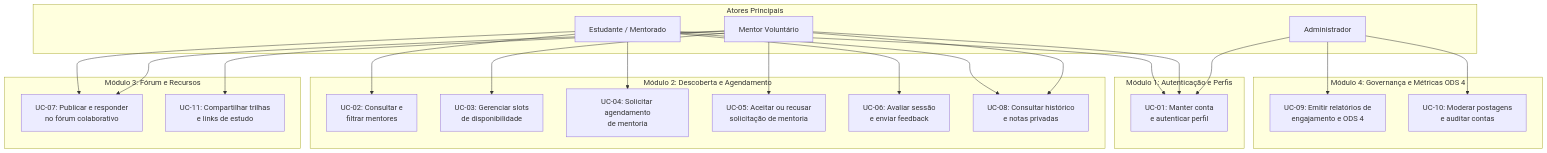
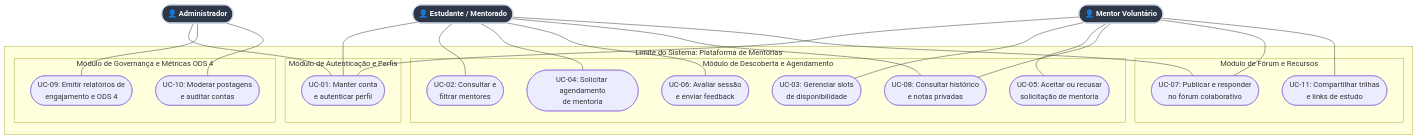
One commit to leorruas/puc changed the first of 2 diagrams in 06. Projeto - Aplicacao Interativa/00 – Projeto de fato.md. Above: the diagram before and after it, drawn with Mermaid. The commit also changed other lines of this file, not shown here.

Commit message:
docs(projeto): atualizar diagramas com representacao visual de atores e elipses uml

````diff
--- a/06. Projeto - Aplicacao Interativa/00 – Projeto de fato.md
+++ b/06. Projeto - Aplicacao Interativa/00 – Projeto de fato.md
@@ -141,50 +141,52 @@
 ```mermaid
 flowchart TD
-    subgraph Atores["Atores Principais"]
-        Estudante["Estudante / Mentorado"]
-        Mentor["Mentor Voluntário"]
-        Admin["Administrador"]
+    Estudante(["👤 Estudante / Mentorado"]):::actorStyle
+    Mentor(["👤 Mentor Voluntário"]):::actorStyle
+    Admin(["👤 Administrador"]):::actorStyle
+
+    subgraph Sistema["Limite do Sistema: Plataforma de Mentorias"]
+        subgraph ModuloAutenticacao["Módulo de Autenticação e Perfis"]
+            UC01(["UC-01: Manter conta<br>e autenticar perfil"])
+        end
+
+        subgraph ModuloAgendamento["Módulo de Descoberta e Agendamento"]
+            UC02(["UC-02: Consultar e<br>filtrar mentores"])
+            UC03(["UC-03: Gerenciar slots<br>de disponibilidade"])
+            UC04(["UC-04: Solicitar agendamento<br>de mentoria"])
+            UC05(["UC-05: Aceitar ou recusar<br>solicitação de mentoria"])
+            UC06(["UC-06: Avaliar sessão<br>e enviar feedback"])
+            UC08(["UC-08: Consultar histórico<br>e notas privadas"])
+        end
+
+        subgraph ModuloComunidade["Módulo de Fórum e Recursos"]
+            UC07(["UC-07: Publicar e responder<br>no fórum colaborativo"])
+            UC11(["UC-11: Compartilhar trilhas<br>e links de estudo"])
+        end
+
+        subgraph ModuloGovernanca["Módulo de Governança e Métricas ODS 4"]
+            UC09(["UC-09: Emitir relatórios de<br>engajamento e ODS 4"])
+            UC10(["UC-10: Moderar postagens<br>e auditar contas"])
+        end
     end
 
-    subgraph ModuloAutenticacao["Módulo 1: Autenticação e Perfis"]
-        UC01["UC-01: Manter conta<br>e autenticar perfil"]
-    end
+    Estudante --- UC01
+    Mentor --- UC01
+    Admin --- UC01
 
-    subgraph ModuloAgendamento["Módulo 2: Descoberta e Agendamento"]
-        UC02["UC-02: Consultar e<br>filtrar mentores"]
-        UC03["UC-03: Gerenciar slots<br>de disponibilidade"]
-        UC04["UC-04: Solicitar agendamento<br>de mentoria"]
-        UC05["UC-05: Aceitar ou recusar<br>solicitação de mentoria"]
-        UC06["UC-06: Avaliar sessão<br>e enviar feedback"]
-        UC08["UC-08: Consultar histórico<br>e notas privadas"]
-    end
+    Estudante --- UC02
+    Estudante --- UC04
+    Estudante --- UC06
+    Estudante --- UC08
+    Estudante --- UC07
 
-    subgraph ModuloComunidade["Módulo 3: Fórum e Recursos"]
-        UC07["UC-07: Publicar e responder<br>no fórum colaborativo"]
-        UC11["UC-11: Compartilhar trilhas<br>e links de estudo"]
-    end
+    Mentor --- UC03
+    Mentor --- UC05
+    Mentor --- UC08
+    Mentor --- UC07
+    Mentor --- UC11
 
-    subgraph ModuloGovernanca["Módulo 4: Governança e Métricas ODS 4"]
-        UC09["UC-09: Emitir relatórios de<br>engajamento e ODS 4"]
-        UC10["UC-10: Moderar postagens<br>e auditar contas"]
-    end
+    Admin --- UC09
+    Admin --- UC10
 
-    Estudante --> UC01
-    Mentor --> UC01
-    Admin --> UC01
-
-    Estudante --> UC02
-    Estudante --> UC04
-    Estudante --> UC06
-    Estudante --> UC08
-    Estudante --> UC07
-
-    Mentor --> UC03
-    Mentor --> UC05
-    Mentor --> UC08
-    Mentor --> UC07
-    Mentor --> UC11
-
-    Admin --> UC09
-    Admin --> UC10
+    classDef actorStyle fill:#2d3748,stroke:#cbd5e0,stroke-width:2px,color:#ffffff,font-weight:bold;
 ```
````
